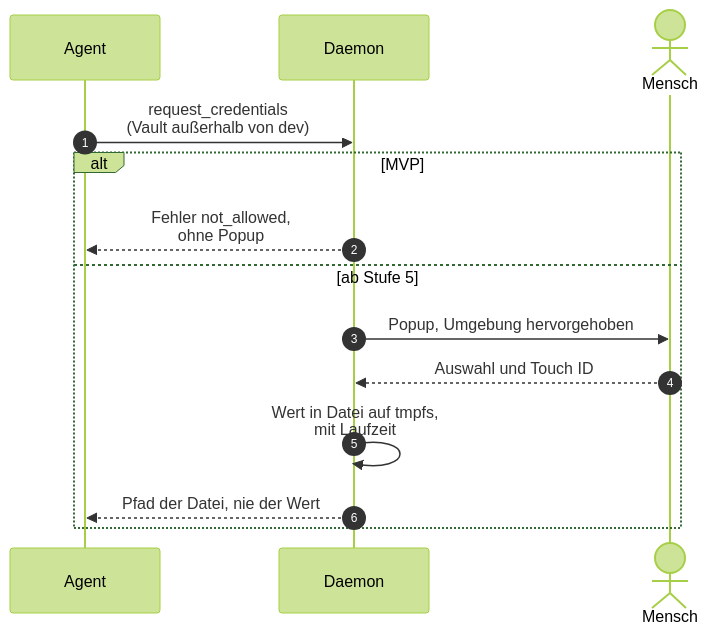
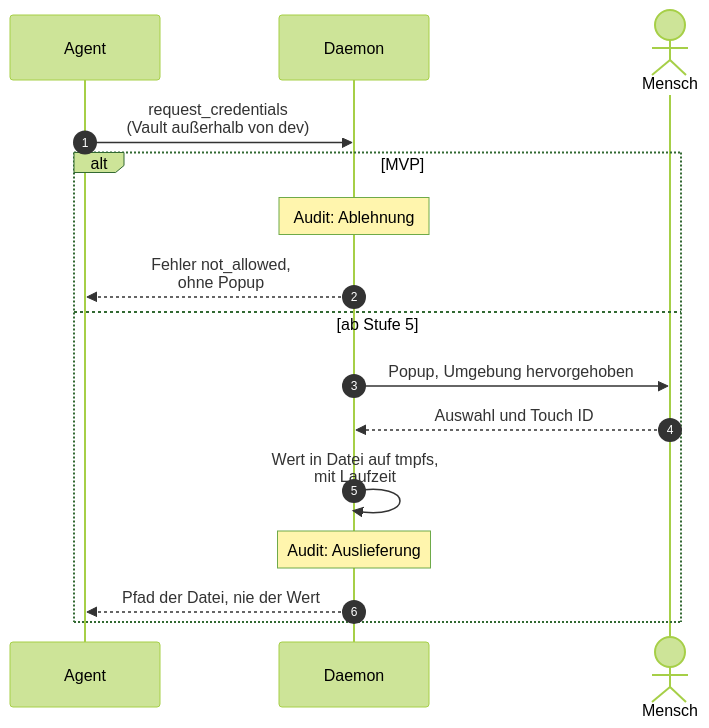
Before and after one commit to seletz/passierschein: the diagram in docs/design/use-cases/UC5_ein-agent-fordert-zugangsdaten-ausserhalb.md, drawn with Mermaid (forest theme). The commit also changed 15 other files, not shown here.

````diff
--- a/docs/design/use-cases/UC5_ein-agent-fordert-zugangsdaten-ausserhalb.md
+++ b/docs/design/use-cases/UC5_ein-agent-fordert-zugangsdaten-ausserhalb.md
@@ -21,16 +21,18 @@
 ```mermaid
 sequenceDiagram
     autonumber
     participant A as Agent
     participant D as Daemon
     actor H as Mensch
     A->>D: request_credentials<br/>(Vault außerhalb von dev)
     alt MVP
+        Note over D: Audit: Ablehnung
         D-->>A: Fehler not_allowed,<br/>ohne Popup
     else ab Stufe 5
         D->>H: Popup, Umgebung hervorgehoben
         H-->>D: Auswahl und Touch ID
         D->>D: Wert in Datei auf tmpfs,<br/>mit Laufzeit
+        Note over D: Audit: Auslieferung
         D-->>A: Pfad der Datei, nie der Wert
     end
 ```
````
